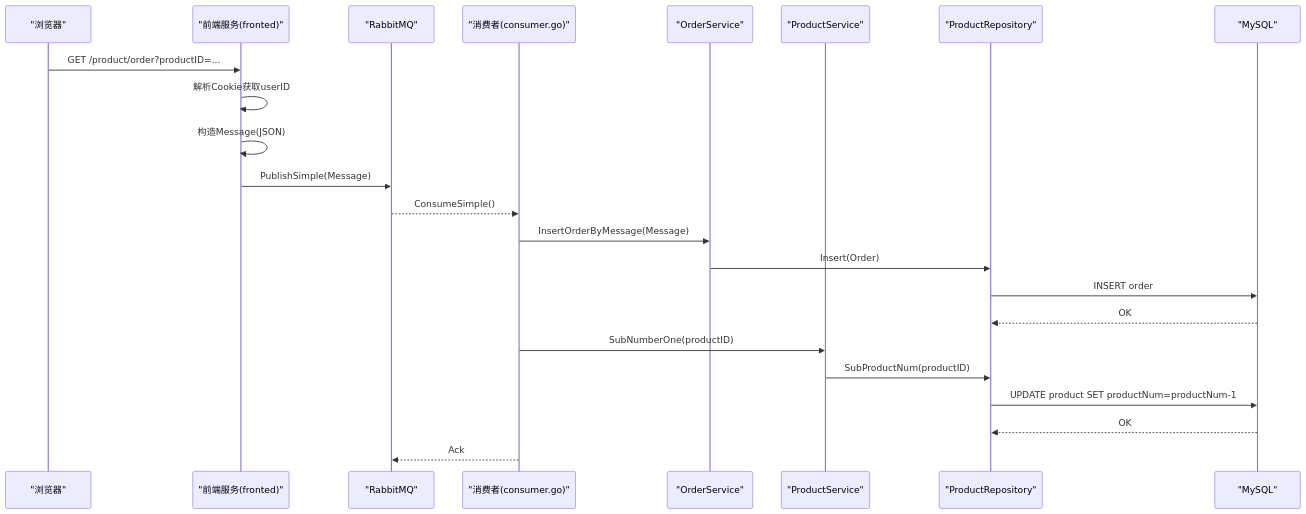
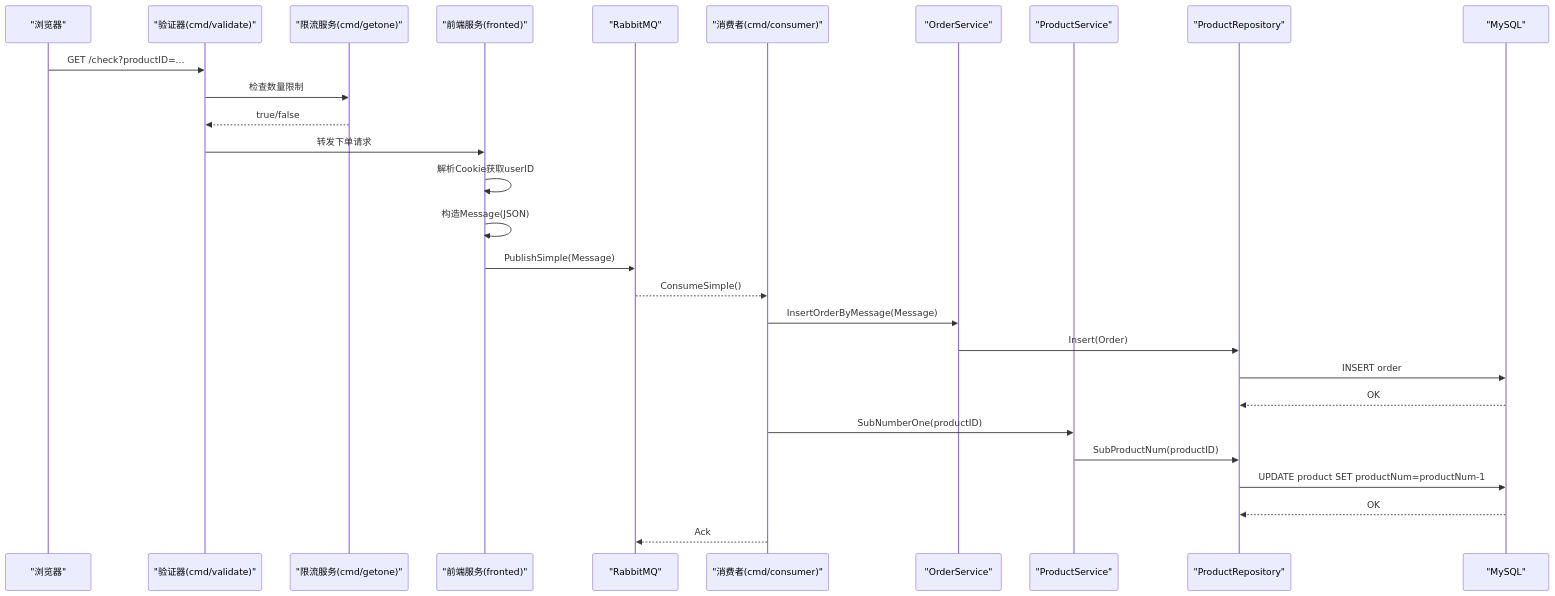
The second of 9 diagrams in .qoder/repowiki/zh/content/系统架构设计/系统架构设计.md (gbtdesign/e-commerce-t), drawn with Mermaid before and after one commit. The commit also changed other lines of this file and 53 other files, not shown here.

````diff
--- a/.qoder/repowiki/zh/content/系统架构设计/系统架构设计.md
+++ b/.qoder/repowiki/zh/content/系统架构设计/系统架构设计.md
@@ -135,25 +172,30 @@
 ```mermaid
 sequenceDiagram
 participant Browser as "浏览器"
+participant Validate as "验证器(cmd/validate)"
+participant GetOne as "限流服务(cmd/getone)"
 participant Fronted as "前端服务(fronted)"
 participant MQ as "RabbitMQ"
-participant Consumer as "消费者(consumer.go)"
+participant Consumer as "消费者(cmd/consumer)"
 participant ServiceOrder as "OrderService"
 participant ServiceProduct as "ProductService"
 participant Repo as "ProductRepository"
 participant DB as "MySQL"
-Browser->>Fronted : GET /product/order?productID=...
+Browser->>Validate : GET /check?productID=...
+Validate->>GetOne : 检查数量限制
+GetOne-->>Validate : true/false
+Validate->>Fronted : 转发下单请求
 Fronted->>Fronted : 解析Cookie获取userID
 Fronted->>Fronted : 构造Message(JSON)
 Fronted->>MQ : PublishSimple(Message)
 MQ-->>Consumer : ConsumeSimple()
 Consumer->>ServiceOrder : InsertOrderByMessage(Message)
 ServiceOrder->>Repo : Insert(Order)
 Repo->>DB : INSERT order
 DB-->>Repo : OK
 Consumer->>ServiceProduct : SubNumberOne(productID)
 ServiceProduct->>Repo : SubProductNum(productID)
 Repo->>DB : UPDATE product SET productNum=productNum-1
 DB-->>Repo : OK
 Consumer-->>MQ : Ack
 ```
````
